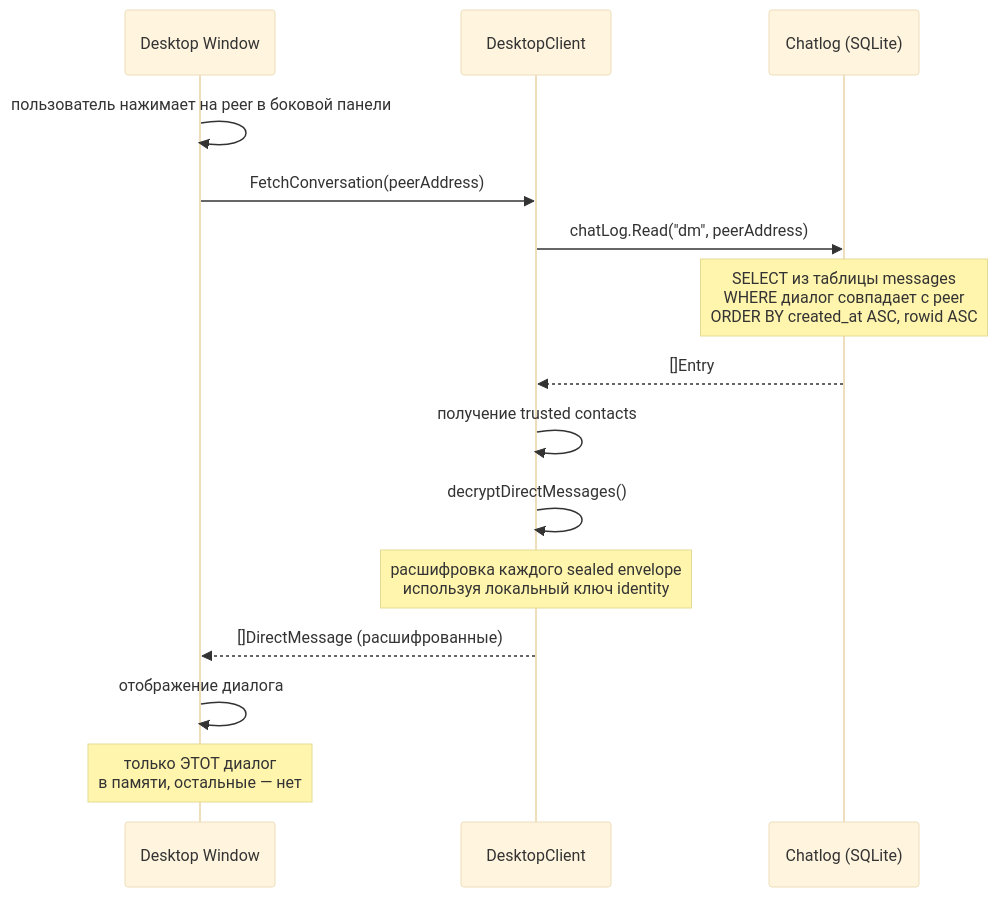
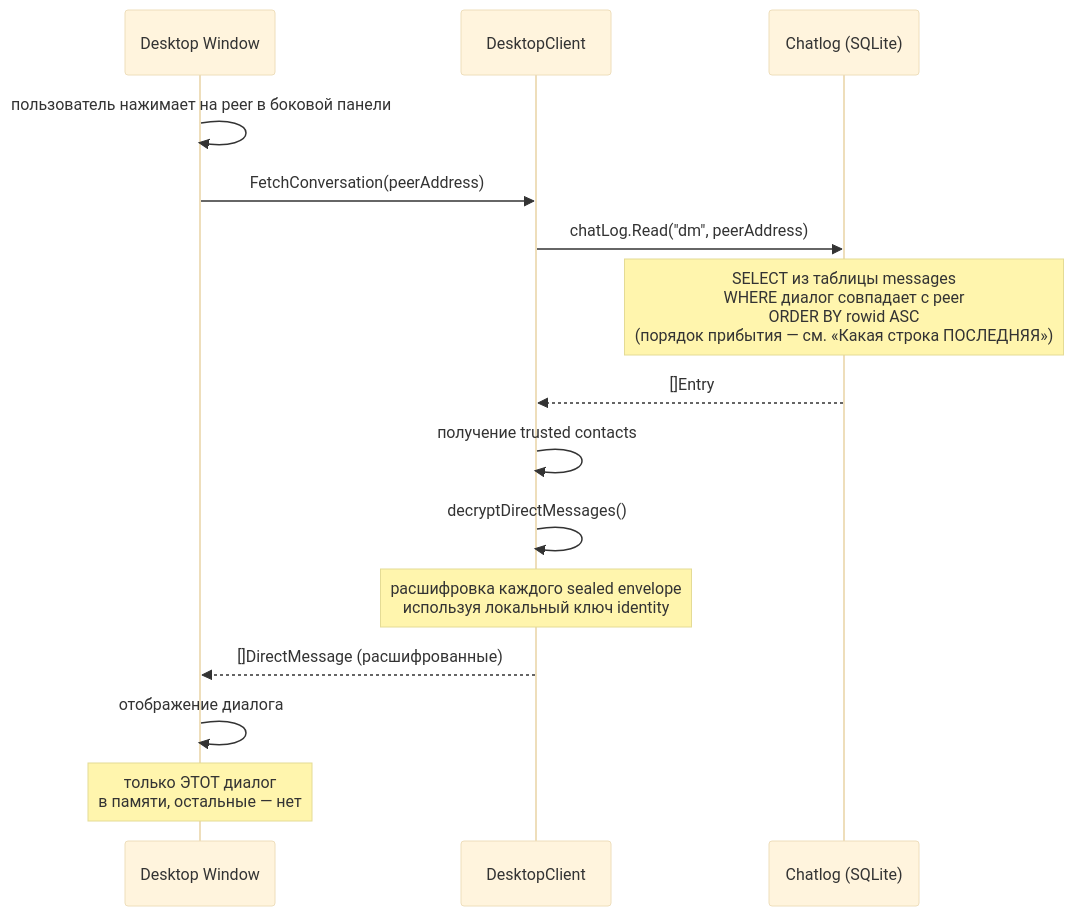
Diagram 13 of 16 in docs/chatlog.md (piratecash/corsa), drawn with Mermaid (base theme) before and after one commit. The commit also changed other lines of this file and 13 other files, not shown here.

````diff
--- a/docs/chatlog.md
+++ b/docs/chatlog.md
@@ -1266,18 +1278,18 @@
 ```mermaid
 sequenceDiagram
     participant UI as Desktop Window
     participant SVC as DesktopClient
     participant LOG as Chatlog (SQLite)
 
     UI->>UI: пользователь нажимает на peer в боковой панели
     UI->>SVC: FetchConversation(peerAddress)
     SVC->>LOG: chatLog.Read("dm", peerAddress)
-    Note over LOG: SELECT из таблицы messages<br/>WHERE диалог совпадает с peer<br/>ORDER BY created_at ASC, rowid ASC
+    Note over LOG: SELECT из таблицы messages<br/>WHERE диалог совпадает с peer<br/>ORDER BY rowid ASC<br/>(порядок прибытия — см. «Какая строка ПОСЛЕДНЯЯ»)
     LOG-->>SVC: []Entry
     SVC->>SVC: получение trusted contacts
     SVC->>SVC: decryptDirectMessages()
     Note over SVC: расшифровка каждого sealed envelope<br/>используя локальный ключ identity
     SVC-->>UI: []DirectMessage (расшифрованные)
     UI->>UI: отображение диалога
     Note over UI: только ЭТОТ диалог<br/>в памяти, остальные — нет
 ```
````
